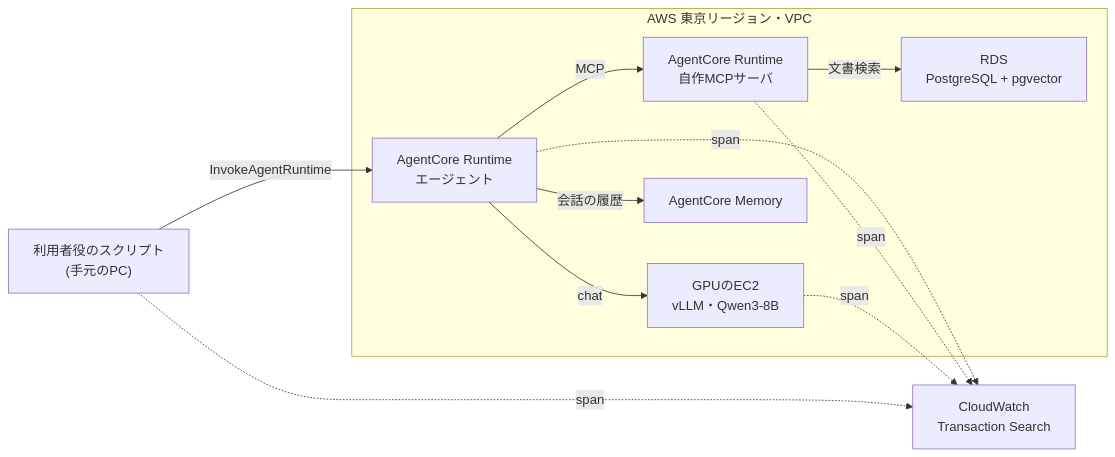
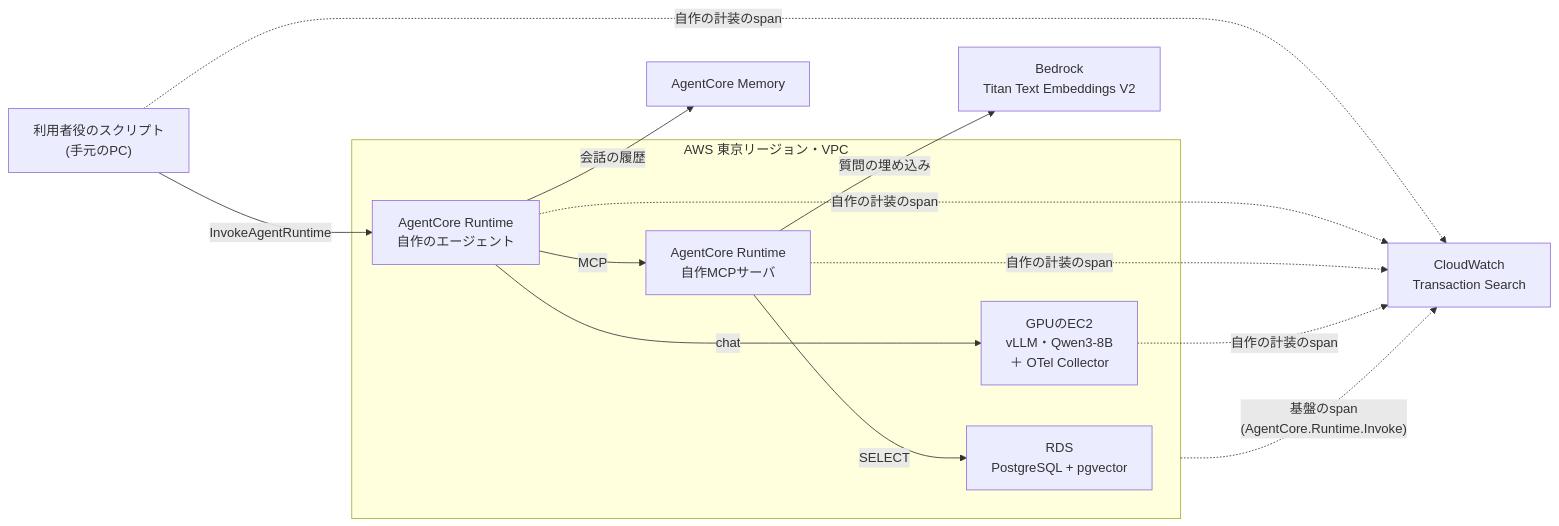
One commit to yuya0408/agent-latency-tracer changed the second of 2 diagrams in README.md. Above: the diagram before and after it, drawn with Mermaid.

Commit message:
docs: redraw the architecture with Bedrock and the two kinds of spans
Titan embeddings and Memory sit outside the VPC (reached through
endpoints); the spans from my own instrumentation and the ones AgentCore
emits are drawn as separate lines, and the GPU box names the Collector
that carries vLLM's spans.

````diff
--- a/README.md
+++ b/README.md
@@ -99,16 +99,17 @@
 ```mermaid
 flowchart LR
   U["利用者役のスクリプト<br/>(手元のPC)"] -->|"InvokeAgentRuntime"| AG
   subgraph VPC["AWS 東京リージョン・VPC"]
-    AG["AgentCore Runtime<br/>エージェント"]
-    LLM["GPUのEC2<br/>vLLM・Qwen3-8B"]
+    AG["AgentCore Runtime<br/>自作のエージェント"]
+    LLM["GPUのEC2<br/>vLLM・Qwen3-8B<br/>＋ OTel Collector"]
     MCP["AgentCore Runtime<br/>自作MCPサーバ"]
     DB["RDS<br/>PostgreSQL + pgvector"]
-    MEM["AgentCore Memory"]
     AG -->|"chat"| LLM
     AG -->|"MCP"| MCP
-    AG -->|"会話の履歴"| MEM
-    MCP -->|"文書検索"| DB
+    MCP -->|"SELECT"| DB
   end
-  U & AG & MCP & LLM -.->|"span"| CW["CloudWatch<br/>Transaction Search"]
+  AG -->|"会話の履歴"| MEM["AgentCore Memory"]
+  MCP -->|"質問の埋め込み"| TI["Bedrock<br/>Titan Text Embeddings V2"]
+  U & AG & MCP & LLM -.->|"自作の計装のspan"| CW["CloudWatch<br/>Transaction Search"]
+  VPC -.->|"基盤のspan<br/>(AgentCore.Runtime.Invoke)"| CW
 ```
````
